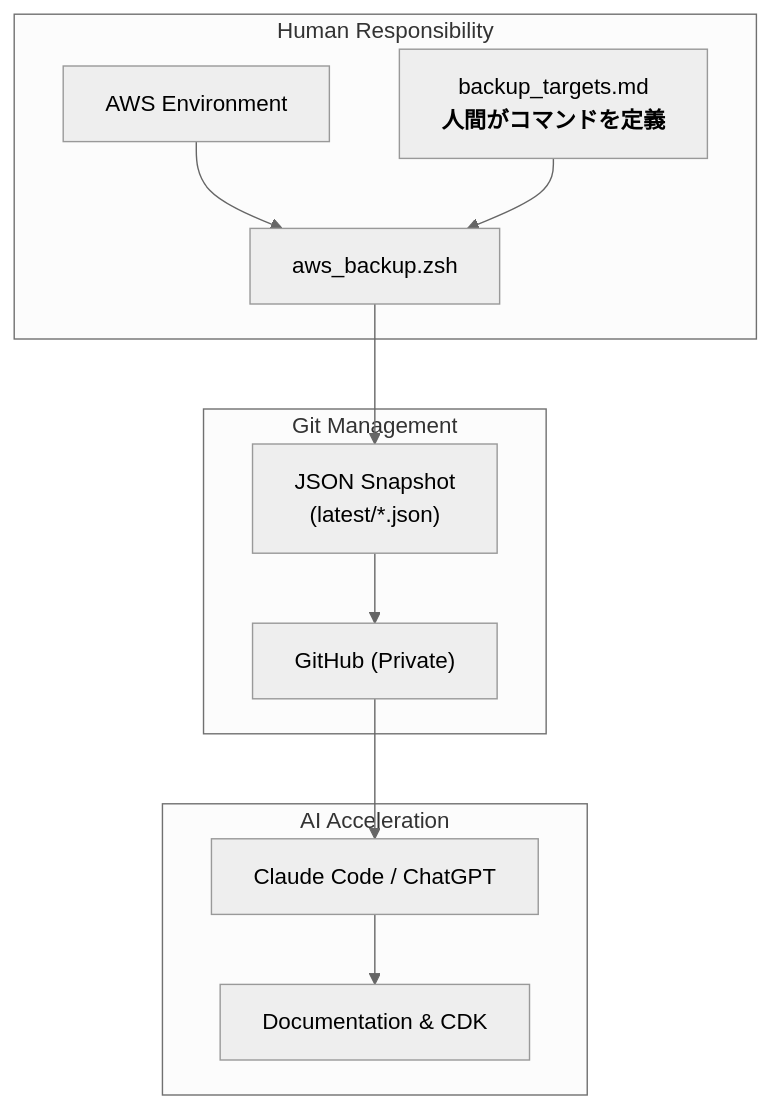
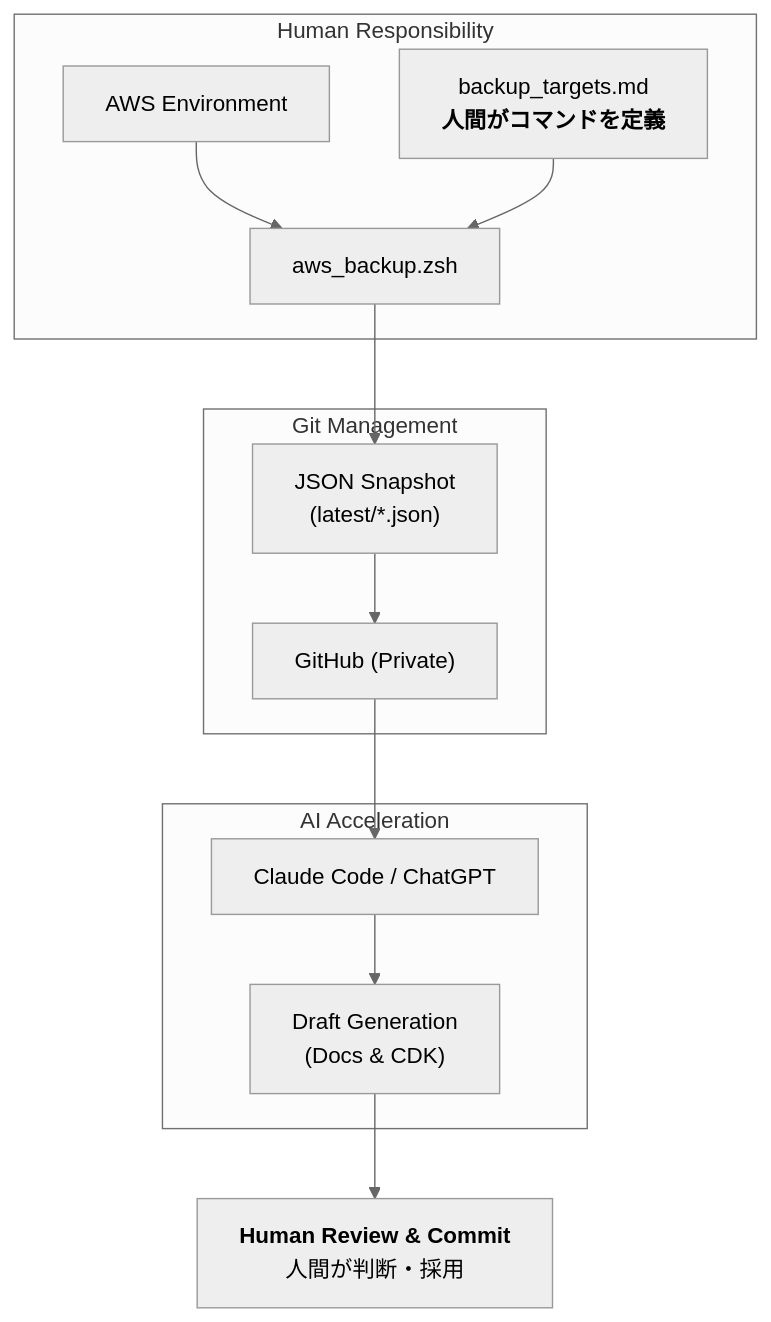
The first of 3 diagrams in README.md (SenritsuSRE/aws-cli-batch-runner), drawn with Mermaid (neutral theme) before and after one commit.

Commit message:
doc :readme-update-20260921

````diff
--- a/README.md
+++ b/README.md
@@ -27,17 +27,19 @@
 ```mermaid
 flowchart TD
     subgraph Human ["Human Responsibility"]
         A[AWS Environment] --> B[aws_backup.zsh]
         C["backup_targets.md<br/><b>人間がコマンドを定義</b>"] --> B
     end
 
     subgraph Git ["Git Management"]
         B --> D["JSON Snapshot<br/>(latest/*.json)"]
         D --> E["GitHub (Private)"]
     end
 
     subgraph AI ["AI Acceleration"]
         E --> F[Claude Code / ChatGPT]
-        F --> G[Documentation & CDK]
+        F --> G["Draft Generation<br/>(Docs & CDK)"]
     end
+
+    G --> H["<b>Human Review & Commit</b><br/>人間が判断・採用"]
 ```
````
